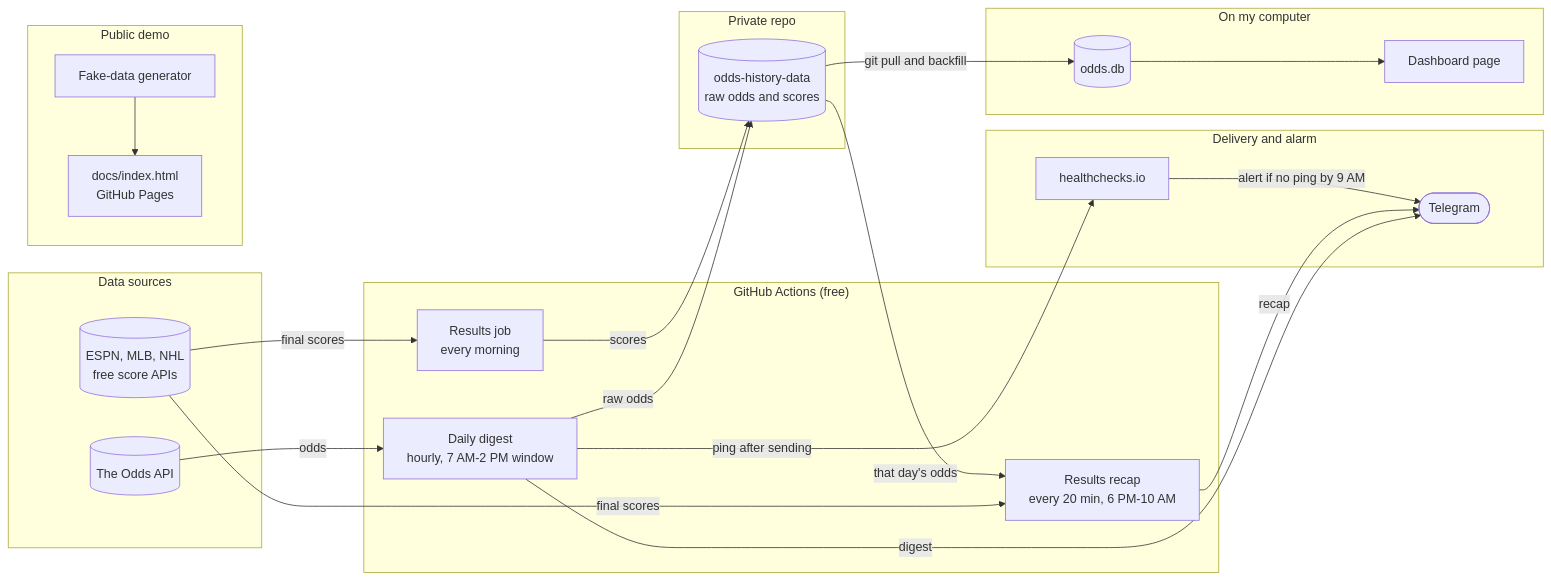
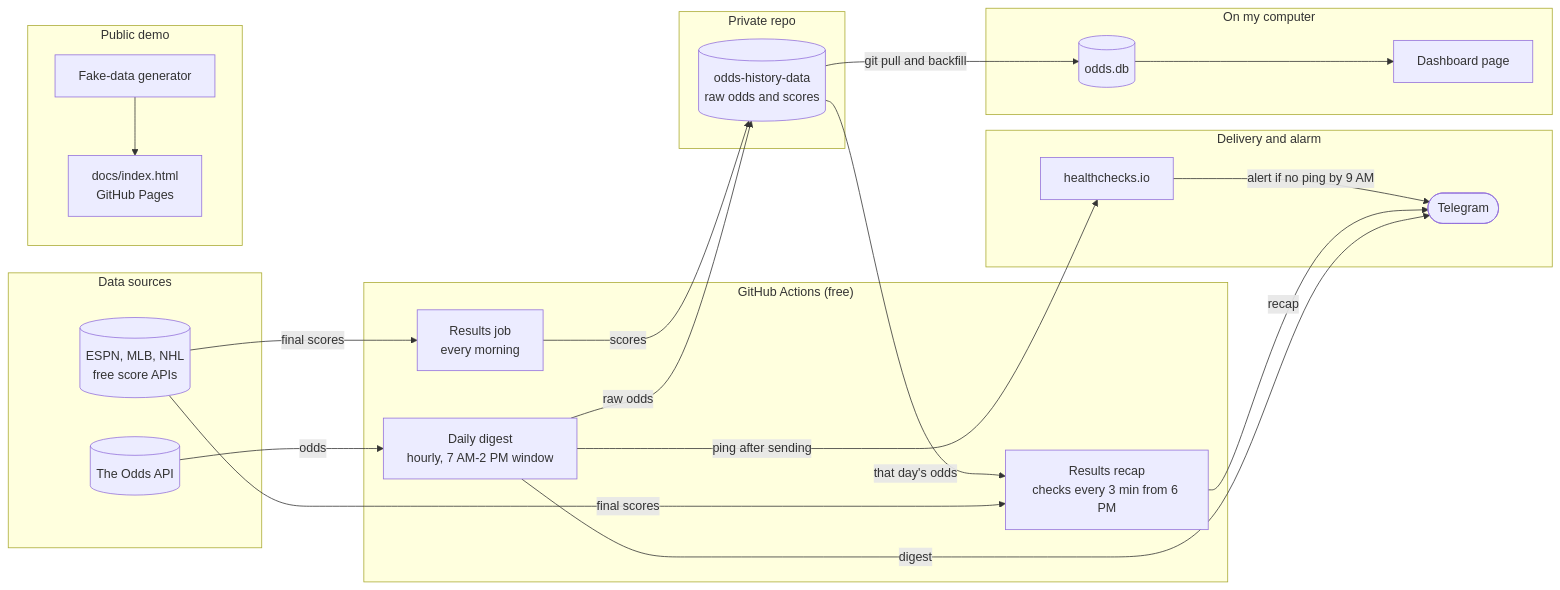
Before and after one commit to Vic-Analytics/odds-bot: the diagram in README.md, drawn with Mermaid. The commit also changed other lines of this file and 5 other files, not shown here.

First line of the commit message:
Recap: stay alive and check every 3 minutes instead of relying on GitHub's timer

````diff
--- a/README.md
+++ b/README.md
@@ -87,42 +87,42 @@
 ```mermaid
 flowchart LR
     subgraph sources["Data sources"]
         oddsapi[("The Odds API")]
         scoresapi[("ESPN, MLB, NHL<br/>free score APIs")]
     end
 
     subgraph cloud["GitHub Actions (free)"]
         digest["Daily digest<br/>hourly, 7 AM-2 PM window"]
         results["Results job<br/>every morning"]
-        recap["Results recap<br/>every 20 min, 6 PM-10 AM"]
+        recap["Results recap<br/>checks every 3 min from 6 PM"]
     end
 
     subgraph store["Private repo"]
         data[("odds-history-data<br/>raw odds and scores")]
     end
 
     subgraph out["Delivery and alarm"]
         telegram(["Telegram"])
         hc["healthchecks.io"]
     end
 
     subgraph mine["On my computer"]
         db[("odds.db")] --> dashboard["Dashboard page"]
     end
 
     subgraph demo["Public demo"]
         gen["Fake-data generator"] --> demopage["docs/index.html<br/>GitHub Pages"]
     end
 
     oddsapi -->|odds| digest
     scoresapi -->|final scores| results
     scoresapi -->|final scores| recap
     digest -->|raw odds| data
     results -->|scores| data
     data -->|that day's odds| recap
     digest -->|digest| telegram
     recap -->|recap| telegram
     digest -->|ping after sending| hc
     hc -->|alert if no ping by 9 AM| telegram
     data -->|git pull and backfill| db
 ```
````
